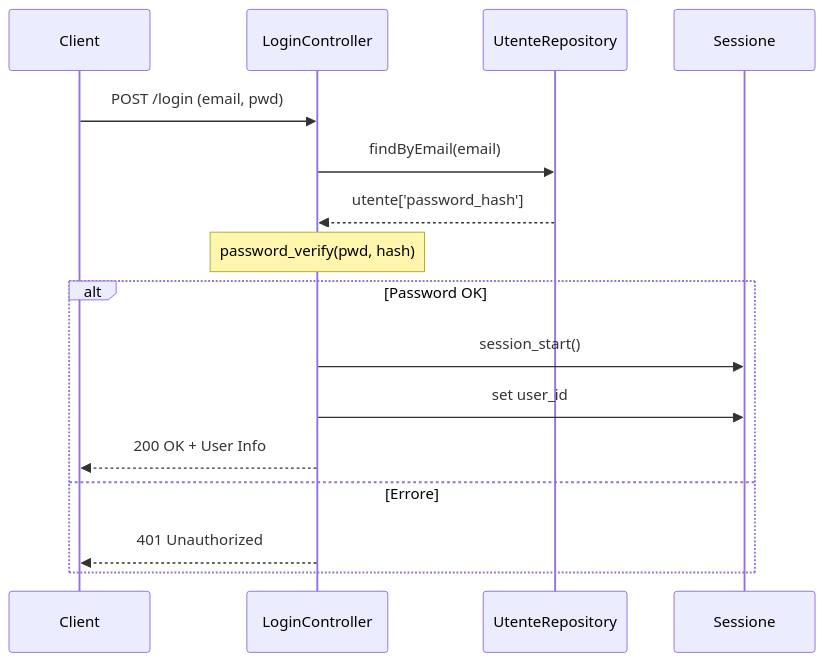
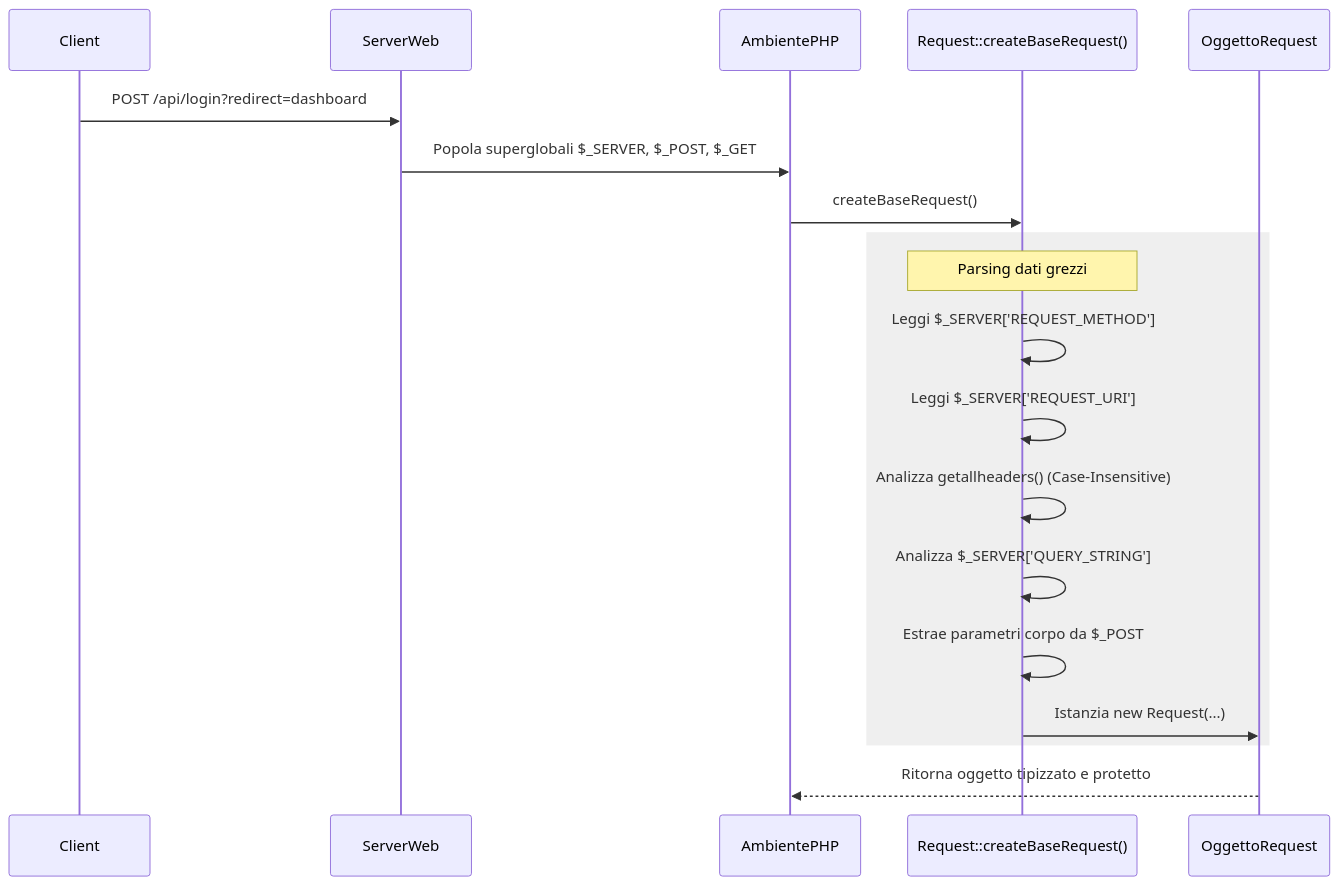
One commit to frankelfokou/Gestione-esami-universitari changed diagram 13 of 26 in README.md. Above: the diagram before and after it, drawn with Mermaid. The commit also changed other lines of this file, not shown here.

````diff
--- a/README.md
+++ b/README.md
@@ -1419,19 +611,24 @@
 ```mermaid
 sequenceDiagram
-    participant C as Client
-    participant L as LoginController
-    participant R as UtenteRepository
-    participant S as Sessione
-  
-    C->>L: POST /login (email, pwd)
-    L->>R: findByEmail(email)
-    R-->>L: utente['password_hash']
-    Note over L: password_verify(pwd, hash)
-    alt Password OK
-        L->>S: session_start()
-        L->>S: set user_id
-        L-->>C: 200 OK + User Info
-    else Errore
-        L-->>C: 401 Unauthorized
+    participant Client
+    participant ServerWeb
+    participant AmbientePHP
+    participant Factory as Request::createBaseRequest()
+    participant OggettoRequest
+
+    Client->>ServerWeb: POST /api/login?redirect=dashboard
+    ServerWeb->>AmbientePHP: Popola superglobali $_SERVER, $_POST, $_GET
+    AmbientePHP->>Factory: createBaseRequest()
+
+    rect rgba(128, 128, 128, 0.13)
+    Note over Factory: Parsing dati grezzi
+    Factory->>Factory: Leggi $_SERVER['REQUEST_METHOD']
+    Factory->>Factory: Leggi $_SERVER['REQUEST_URI']
+    Factory->>Factory: Analizza getallheaders() (Case-Insensitive)
+    Factory->>Factory: Analizza $_SERVER['QUERY_STRING']
+    Factory->>Factory: Estrae parametri corpo da $_POST
+    Factory->>OggettoRequest: Istanzia new Request(...)
     end
+
+    OggettoRequest-->>AmbientePHP: Ritorna oggetto tipizzato e protetto
 ```
````
